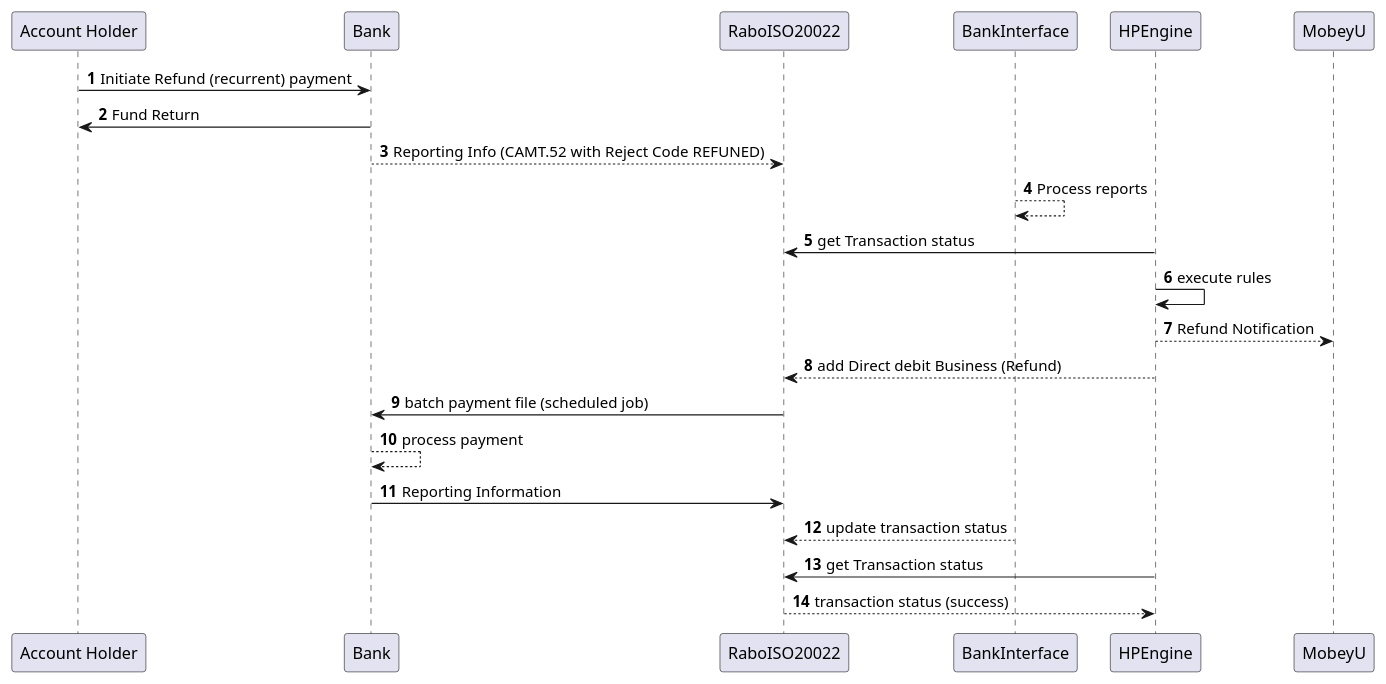
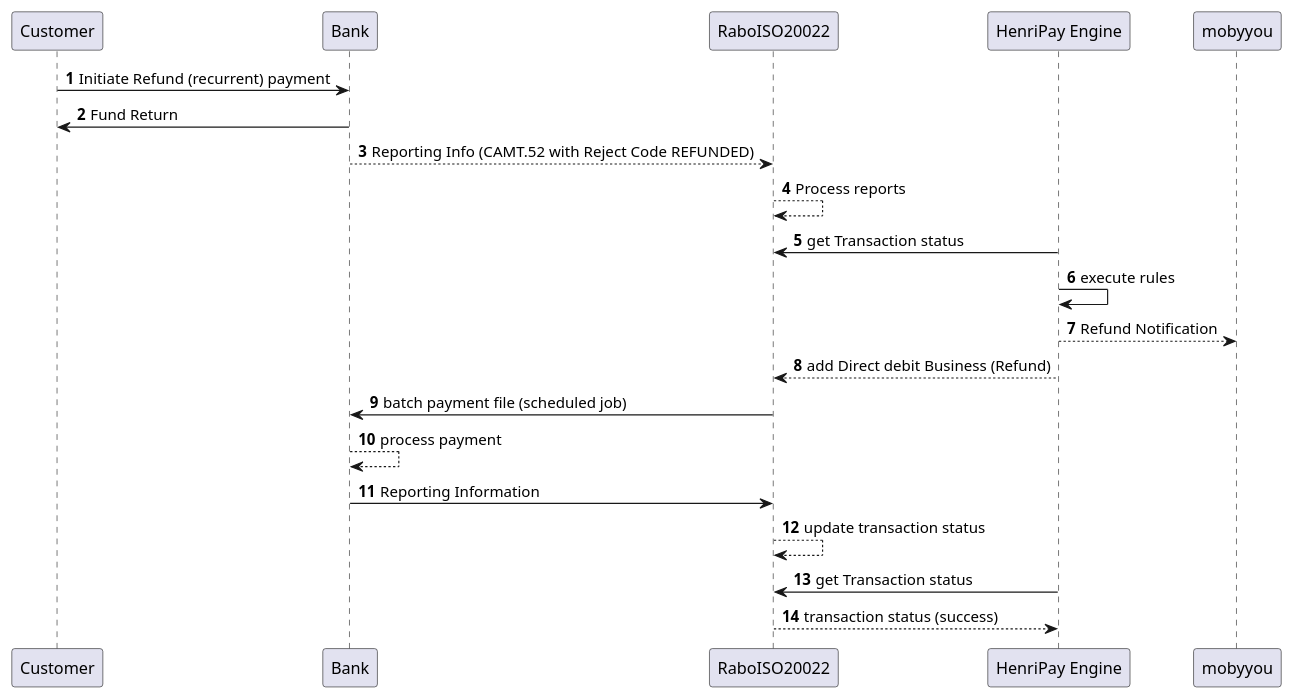
The diagram in src/main/resources/sequences/Levy-usecase/directDebitRefund.puml (saidkhalfaoui/xpay), drawn with PlantUML before and after one commit. The commit also changed 10 other files, not shown here.

```diff
--- a/src/main/resources/sequences/Levy-usecase/directDebitRefund.puml
+++ b/src/main/resources/sequences/Levy-usecase/directDebitRefund.puml
@@ -1,21 +1,21 @@
 @startuml
 'https://plantuml.com/sequence-diagram
 
 autonumber
-"Account Holder" -> Bank : Initiate Refund (recurrent) payment
-Bank -> "Account Holder" : Fund Return
-Bank --> RaboISO20022: Reporting Info (CAMT.52 with Reject Code REFUNED)
-BankInterface--> BankInterface: Process reports
-HPEngine-> RaboISO20022: get Transaction status
-HPEngine-> HPEngine : execute rules
-HPEngine--> MobeyU : Refund Notification
-HPEngine--> RaboISO20022: add Direct debit Business (Refund)
+"Customer" -> Bank : Initiate Refund (recurrent) payment
+Bank -> "Customer" : Fund Return
+Bank --> RaboISO20022: Reporting Info (CAMT.52 with Reject Code REFUNDED)
+RaboISO20022--> RaboISO20022: Process reports
+"HenriPay Engine"-> RaboISO20022: get Transaction status
+"HenriPay Engine"-> "HenriPay Engine" : execute rules
+"HenriPay Engine"--> mobyyou : Refund Notification
+"HenriPay Engine"--> RaboISO20022: add Direct debit Business (Refund)
 RaboISO20022->Bank : batch payment file (scheduled job)
 Bank-->Bank: process payment
 Bank->RaboISO20022: Reporting Information
-BankInterface-->RaboISO20022 : update transaction status
-HPEngine-> RaboISO20022 : get Transaction status
-RaboISO20022-->HPEngine : transaction status (success)
+RaboISO20022-->RaboISO20022 : update transaction status
+"HenriPay Engine"-> RaboISO20022 : get Transaction status
+RaboISO20022-->"HenriPay Engine" : transaction status (success)
 
 
 @enduml
```
